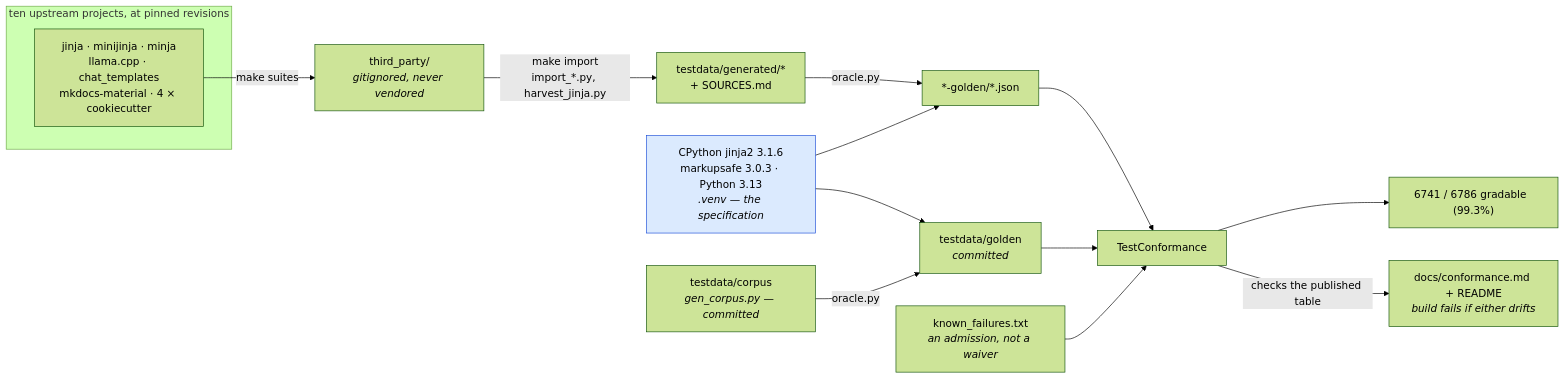
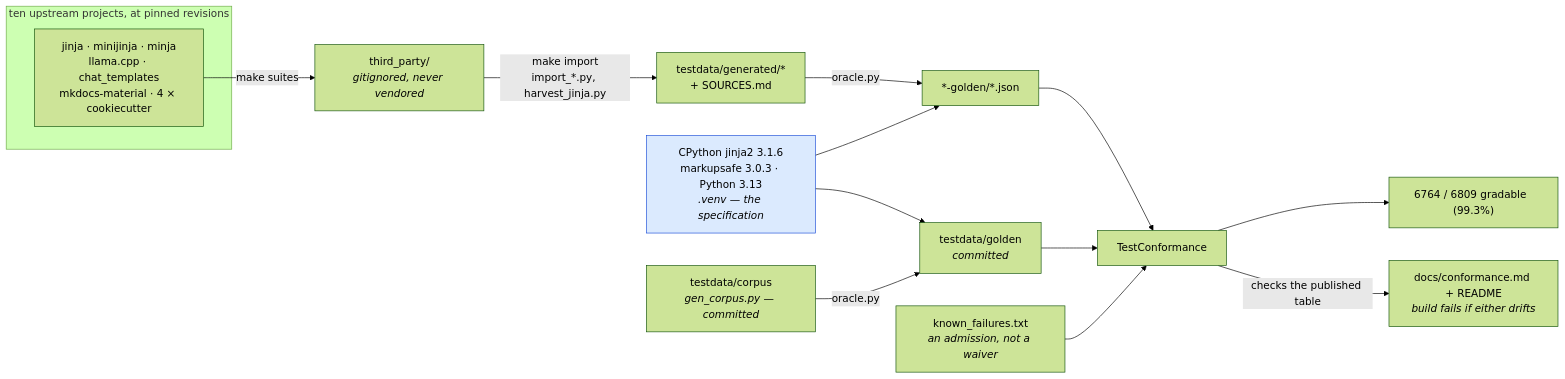
The first of 2 diagrams in docs/conformance.md (mgilbir/gojja2), drawn with Mermaid (forest theme) before and after one commit. The commit also changed other lines of this file and 79 other files, not shown here.

````diff
--- a/docs/conformance.md
+++ b/docs/conformance.md
@@ -17,24 +17,24 @@
 ```mermaid
 flowchart LR
     subgraph up["ten upstream projects, at pinned revisions"]
         U1["jinja · minijinja · minja<br/>llama.cpp · chat_templates<br/>mkdocs-material · 4 × cookiecutter"]
     end
     U1 -->|"make suites"| TP["third_party/<br/><i>gitignored, never vendored</i>"]
     TP -->|"make import<br/>import_*.py, harvest_jinja.py"| GEN["testdata/generated/*<br/>+ SOURCES.md"]
 
     ORA["CPython jinja2 3.1.6<br/>markupsafe 3.0.3 · Python 3.13<br/><i>.venv — the specification</i>"]
     GEN -->|"oracle.py"| G2["*-golden/*.json"]
     ORA --> G2
 
     OWN["testdata/corpus<br/><i>gen_corpus.py — committed</i>"] -->|"oracle.py"| G1["testdata/golden<br/><i>committed</i>"]
     ORA --> G1
 
     G1 --> TC["TestConformance"]
     G2 --> TC
     KF["known_failures.txt<br/><i>an admission, not a waiver</i>"] --> TC
-    TC --> RATE["6741 / 6786 gradable  (99.3%)"]
+    TC --> RATE["6764 / 6809 gradable  (99.3%)"]
     TC -->|"checks the published table"| RM["docs/conformance.md + README<br/><i>build fails if either drifts</i>"]
 
     classDef spec fill:#dbeafe,stroke:#1d4ed8,color:#000
     class ORA spec
 ```
````
